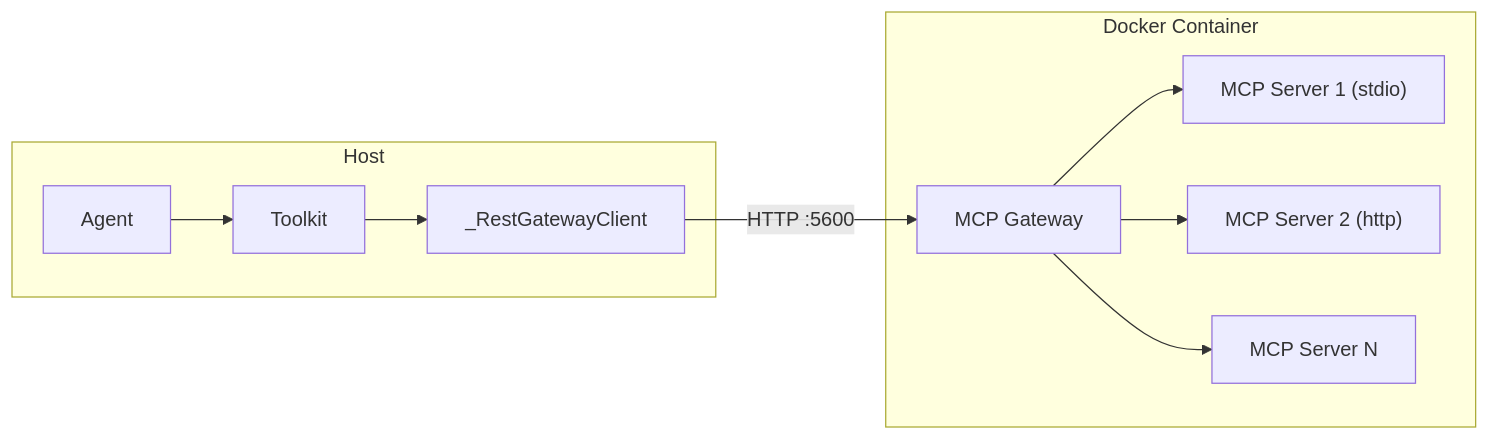
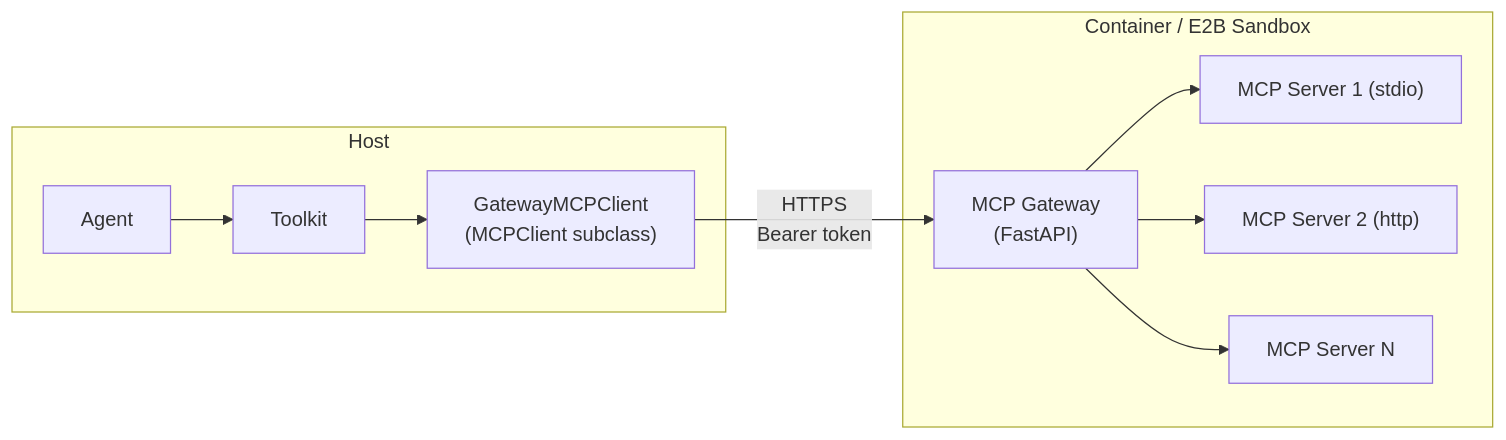
One commit to Osier-Yi/docs changed the diagram in v2/building-blocks/workspace.mdx. Above: the diagram before and after it, drawn with Mermaid. The commit also changed other lines of this file and 4 other files, not shown here.

````diff
--- a/v2/building-blocks/workspace.mdx
+++ b/v2/building-blocks/workspace.mdx
@@ -194,14 +233,14 @@
 ```mermaid
 flowchart LR
     subgraph Host
         Agent --> Toolkit
-        Toolkit --> RestClient["_RestGatewayClient"]
+        Toolkit --> GC["GatewayMCPClient<br/>(MCPClient subclass)"]
     end
 
-    subgraph Container["Docker Container"]
-        RestClient -- "HTTP :5600" --> GW["MCP Gateway"]
+    subgraph Sandbox["Container / E2B Sandbox"]
+        GC -- "HTTPS<br/>Bearer token" --> GW["MCP Gateway<br/>(FastAPI)"]
         GW --> MCP1["MCP Server 1 (stdio)"]
         GW --> MCP2["MCP Server 2 (http)"]
         GW --> MCPN["MCP Server N"]
     end
 ```
````
